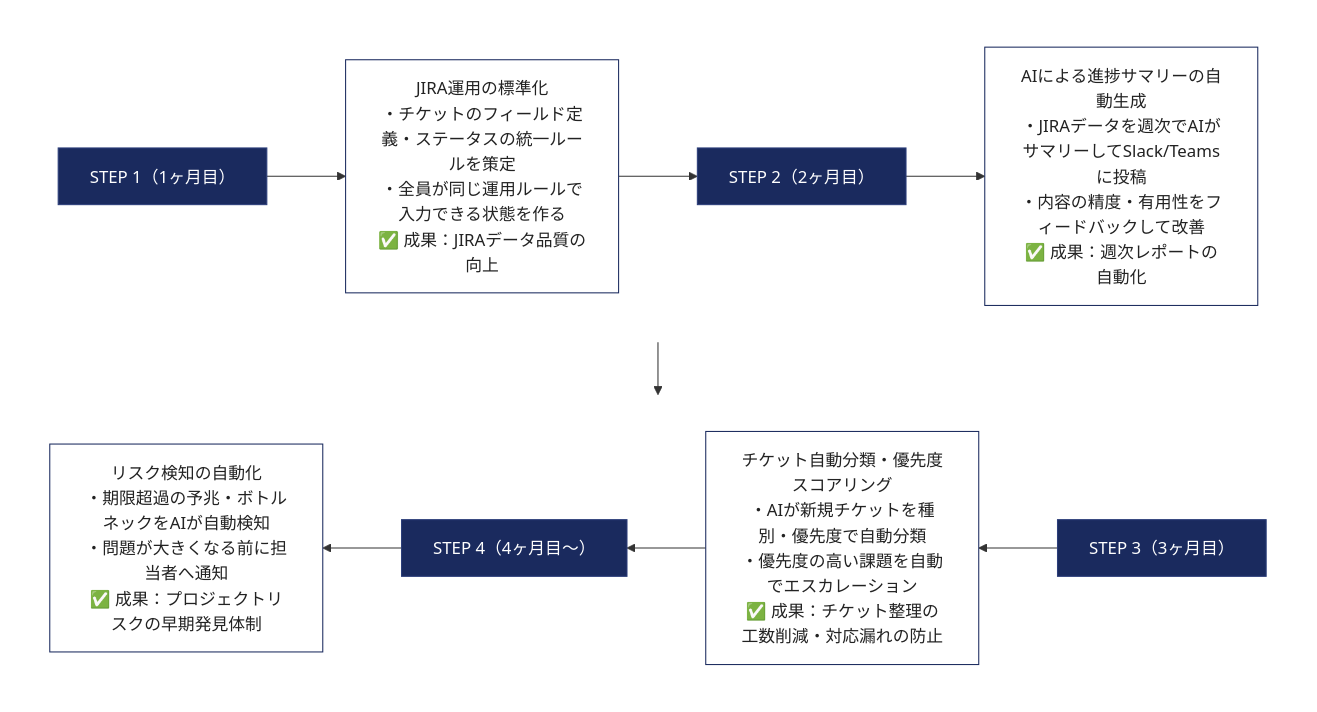
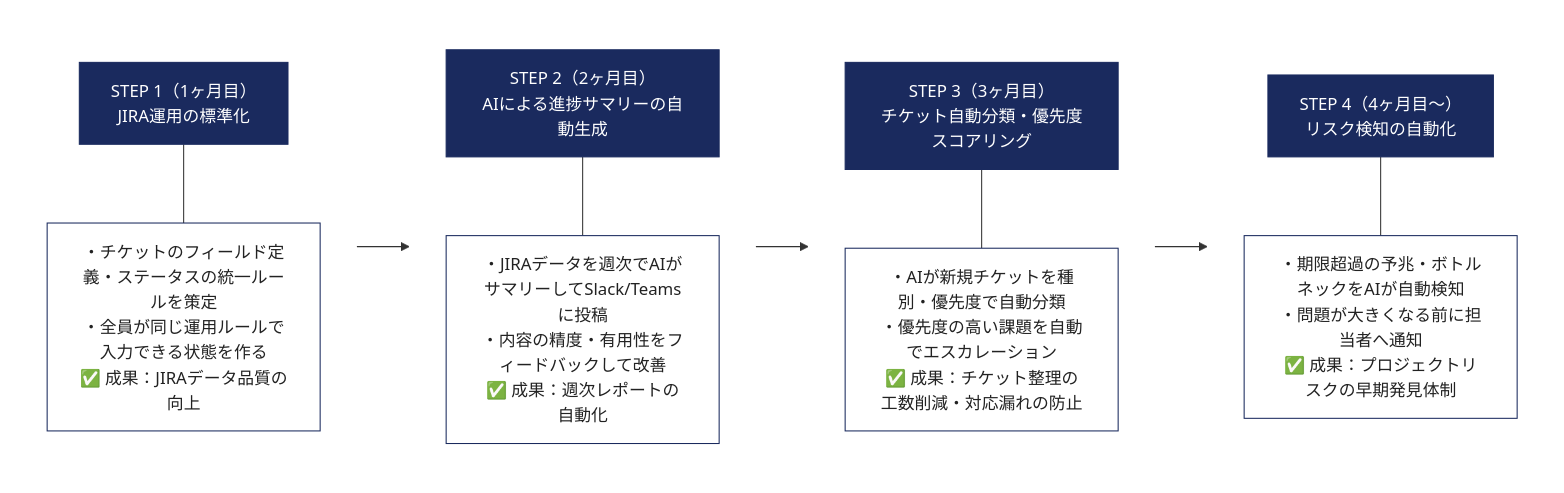
Before and after one commit to Kengo55555/My_Study: the seventh of 10 diagrams in AI_Idea/AI_ADOPTION_PROPOSAL.md, drawn with Mermaid. The commit also changed other lines of this file and 1 other file, not shown here.

Commit message:
Redesign Mermaid: horizontal LR layout, navy header + white body per step card

````diff
--- a/AI_Idea/AI_ADOPTION_PROPOSAL.md
+++ b/AI_Idea/AI_ADOPTION_PROPOSAL.md
@@ -323,22 +359,28 @@
 ```mermaid
-flowchart TD
-    subgraph row1[" "]
-        direction LR
-        T1["STEP 1（1ヶ月目）"] --> C1["JIRA運用の標準化<br/>・チケットのフィールド定義・ステータスの統一ルールを策定<br/>・全員が同じ運用ルールで入力できる状態を作る<br/>✅ 成果：JIRAデータ品質の向上"]
-        C1 --> T2["STEP 2（2ヶ月目）"]
-        T2 --> C2["AIによる進捗サマリーの自動生成<br/>・JIRAデータを週次でAIがサマリーしてSlack/Teamsに投稿<br/>・内容の精度・有用性をフィードバックして改善<br/>✅ 成果：週次レポートの自動化"]
+flowchart LR
+    subgraph s1[" "]
+        direction TB
+        H1["STEP 1（1ヶ月目）<br/>JIRA運用の標準化"] --- B1["・チケットのフィールド定義・ステータスの統一ルールを策定<br/>・全員が同じ運用ルールで入力できる状態を作る<br/>✅ 成果：JIRAデータ品質の向上"]
     end
-    subgraph row2[" "]
-        direction RL
-        T3["STEP 3（3ヶ月目）"] --> C3["チケット自動分類・優先度スコアリング<br/>・AIが新規チケットを種別・優先度で自動分類<br/>・優先度の高い課題を自動でエスカレーション<br/>✅ 成果：チケット整理の工数削減・対応漏れの防止"]
-        C3 --> T4["STEP 4（4ヶ月目〜）"]
-        T4 --> C4["リスク検知の自動化<br/>・期限超過の予兆・ボトルネックをAIが自動検知<br/>・問題が大きくなる前に担当者へ通知<br/>✅ 成果：プロジェクトリスクの早期発見体制"]
+    subgraph s2[" "]
+        direction TB
+        H2["STEP 2（2ヶ月目）<br/>AIによる進捗サマリーの自動生成"] --- B2["・JIRAデータを週次でAIがサマリーしてSlack/Teamsに投稿<br/>・内容の精度・有用性をフィードバックして改善<br/>✅ 成果：週次レポートの自動化"]
     end
-    C2 --> T3
-    style row1 fill:transparent,stroke:transparent,color:transparent
-    style row2 fill:transparent,stroke:transparent,color:transparent
-    classDef title fill:#1a2a5e,stroke:#2c3e7a,color:#fff
-    classDef content fill:#fff,stroke:#1a2a5e,color:#222
-    class T1,T2,T3,T4 title
-    class C1,C2,C3,C4 content
+    subgraph s3[" "]
+        direction TB
+        H3["STEP 3（3ヶ月目）<br/>チケット自動分類・優先度スコアリング"] --- B3["・AIが新規チケットを種別・優先度で自動分類<br/>・優先度の高い課題を自動でエスカレーション<br/>✅ 成果：チケット整理の工数削減・対応漏れの防止"]
+    end
+    subgraph s4[" "]
+        direction TB
+        H4["STEP 4（4ヶ月目〜）<br/>リスク検知の自動化"] --- B4["・期限超過の予兆・ボトルネックをAIが自動検知<br/>・問題が大きくなる前に担当者へ通知<br/>✅ 成果：プロジェクトリスクの早期発見体制"]
+    end
+    s1 --> s2 --> s3 --> s4
+    style s1 fill:transparent,stroke:transparent,color:transparent
+    style s2 fill:transparent,stroke:transparent,color:transparent
+    style s3 fill:transparent,stroke:transparent,color:transparent
+    style s4 fill:transparent,stroke:transparent,color:transparent
+    classDef hdr fill:#1a2a5e,stroke:#1a2a5e,color:#fff
+    classDef bdy fill:#fff,stroke:#1a2a5e,color:#222
+    class H1,H2,H3,H4 hdr
+    class B1,B2,B3,B4 bdy
 ```
````
